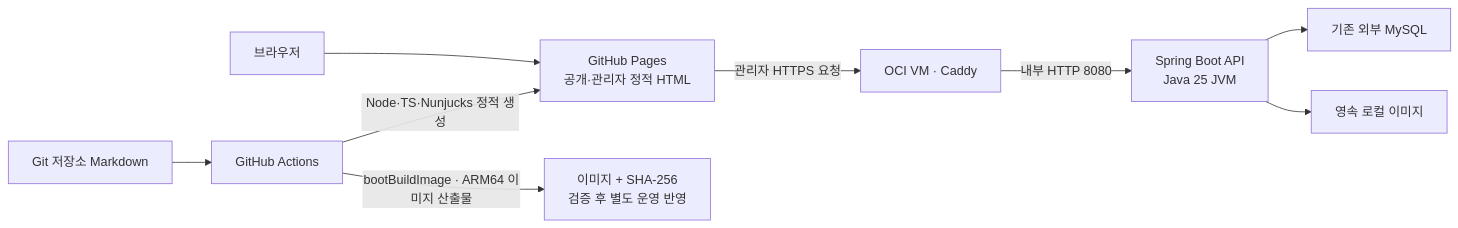
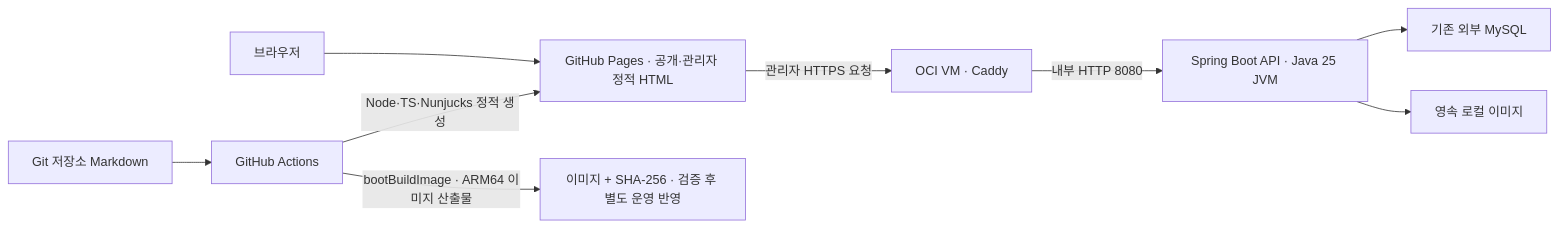
Before and after one commit to gjaku1031/ken-blog: the diagram in docs/ADR/ADR_infra.md, drawn with Mermaid. The commit also changed other lines of this file and 6 other files, not shown here.

````diff
--- a/docs/ADR/ADR_infra.md
+++ b/docs/ADR/ADR_infra.md
@@ -11,11 +11,11 @@
 ```mermaid
 flowchart LR
-    browser["브라우저"] --> pages["GitHub Pages<br/>공개·관리자 정적 HTML"]
+    browser["브라우저"] --> pages["GitHub Pages · 공개·관리자 정적 HTML"]
     pages -->|"관리자 HTTPS 요청"| caddy["OCI VM · Caddy"]
-    caddy -->|"내부 HTTP 8080"| api["Spring Boot API<br/>Java 25 JVM"]
+    caddy -->|"내부 HTTP 8080"| api["Spring Boot API · Java 25 JVM"]
     api --> db["기존 외부 MySQL"]
     api --> disk["영속 로컬 이미지"]
     source["Git 저장소 Markdown"] --> actions["GitHub Actions"]
     actions -->|"Node·TS·Nunjucks 정적 생성"| pages
-    actions -->|"bootBuildImage · ARM64 이미지 산출물"| image["이미지 + SHA-256<br/>검증 후 별도 운영 반영"]
+    actions -->|"bootBuildImage · ARM64 이미지 산출물"| image["이미지 + SHA-256 · 검증 후 별도 운영 반영"]
 ```
````
